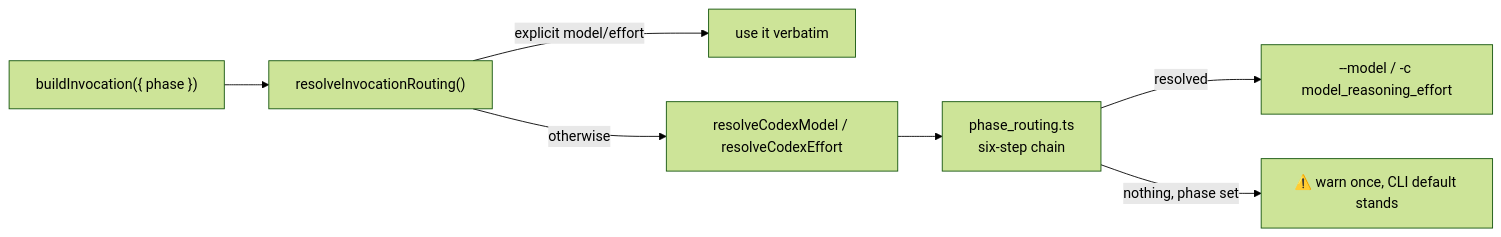
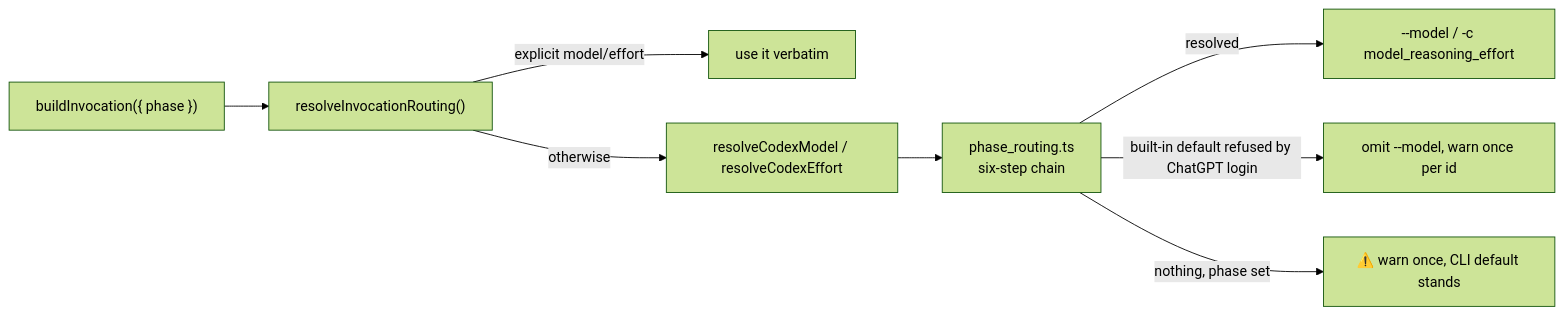
Before and after one commit to stSoftwareAU/VibeCoder: the fourth of 17 diagrams in docs/MODEL-AND-CACHING.md, drawn with Mermaid (forest theme). The commit also changed other lines of this file and 6 other files, not shown here.

````diff
--- a/docs/MODEL-AND-CACHING.md
+++ b/docs/MODEL-AND-CACHING.md
@@ -1116,9 +1143,10 @@
 ```mermaid
 flowchart LR
     R["buildInvocation({ phase })"] --> S["resolveInvocationRouting()"]
     S -->|explicit model/effort| X["use it verbatim"]
     S -->|otherwise| C["resolveCodexModel / resolveCodexEffort"]
     C --> P["phase_routing.ts<br/>six-step chain"]
     P -->|resolved| A["--model / -c model_reasoning_effort"]
+    P -->|built-in default refused by ChatGPT login| O["omit --model, warn once per id"]
     P -->|nothing, phase set| W["⚠️ warn once, CLI default stands"]
 ```
````
